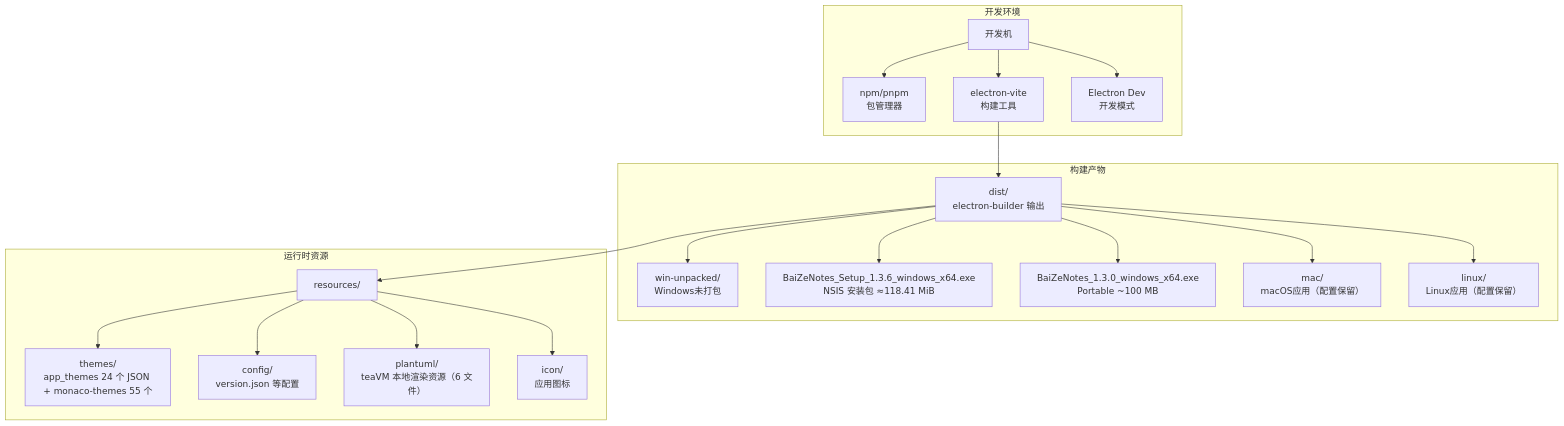
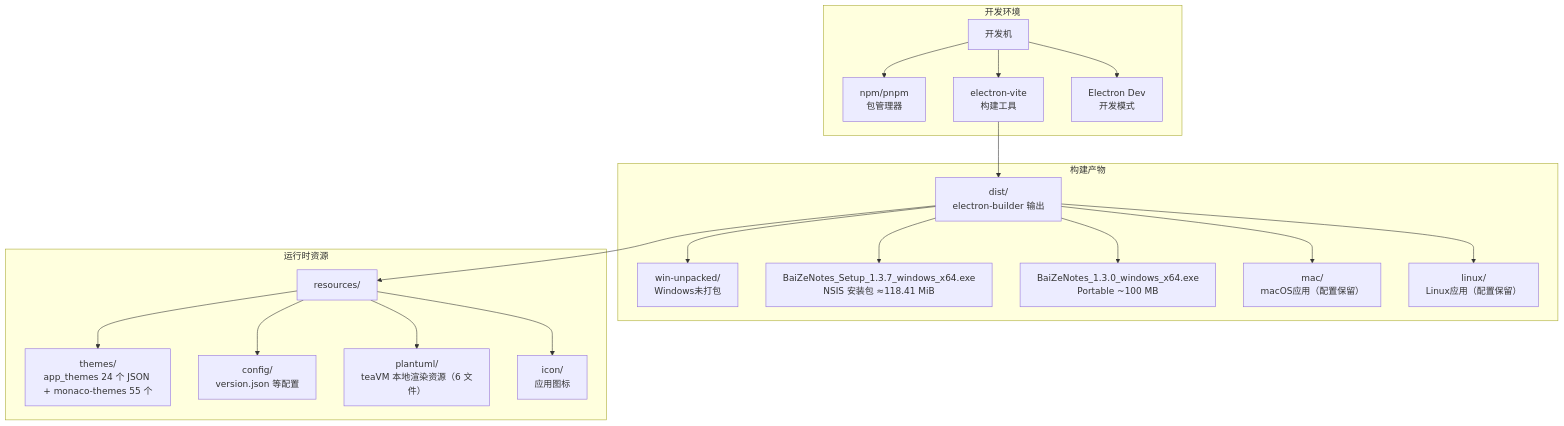
One commit to hemy08/BaiZeNotesByVue changed the ninth of 34 diagrams in docs/wiki/02-设计与架构/架构文档.md. Above: the diagram before and after it, drawn with Mermaid. The commit also changed other lines of this file and 58 other files, not shown here.

````diff
--- a/docs/wiki/02-设计与架构/架构文档.md
+++ b/docs/wiki/02-设计与架构/架构文档.md
@@ -447,29 +447,29 @@
 ```mermaid
 graph TB
     subgraph 开发环境
         DEV[开发机]
         DEV --> NPM[npm/pnpm<br/>包管理器]
         DEV --> VITE[electron-vite<br/>构建工具]
         DEV --> ELECTRON_DEV[Electron Dev<br/>开发模式]
     end
     
     subgraph 构建产物
         DIST[dist/<br/>electron-builder 输出]
         DIST --> WIN[win-unpacked/<br/>Windows未打包]
-        DIST --> INSTALLER[BaiZeNotes_Setup_1.3.6_windows_x64.exe<br/>NSIS 安装包 ≈118.41 MiB]
+        DIST --> INSTALLER[BaiZeNotes_Setup_1.3.7_windows_x64.exe<br/>NSIS 安装包 ≈118.41 MiB]
         DIST --> PORTABLE[BaiZeNotes_1.3.0_windows_x64.exe<br/>Portable ~100 MB]
         DIST --> MAC[mac/<br/>macOS应用（配置保留）]
         DIST --> LINUX[linux/<br/>Linux应用（配置保留）]
     end
     
     subgraph 运行时资源
         RESOURCES[resources/]
         RESOURCES --> THEMES[themes/<br/>app_themes 24 个 JSON + monaco-themes 55 个]
         RESOURCES --> CONFIG[config/<br/>version.json 等配置]
         RESOURCES --> PLANTUML[plantuml/<br/>teaVM 本地渲染资源（6 文件）]
         RESOURCES --> ICON[icon/<br/>应用图标]
     end
     
     VITE --> DIST
     DIST --> RESOURCES
 ```
````
